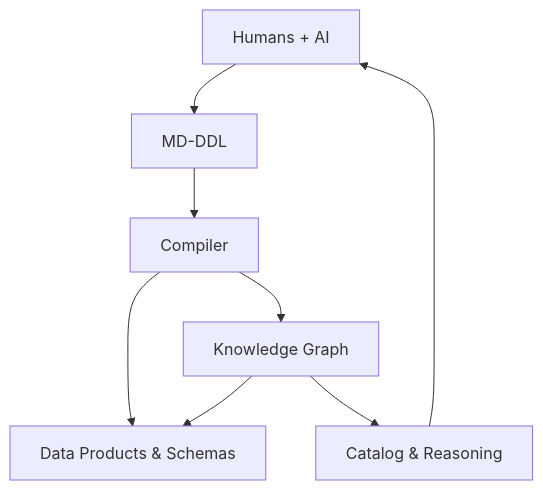
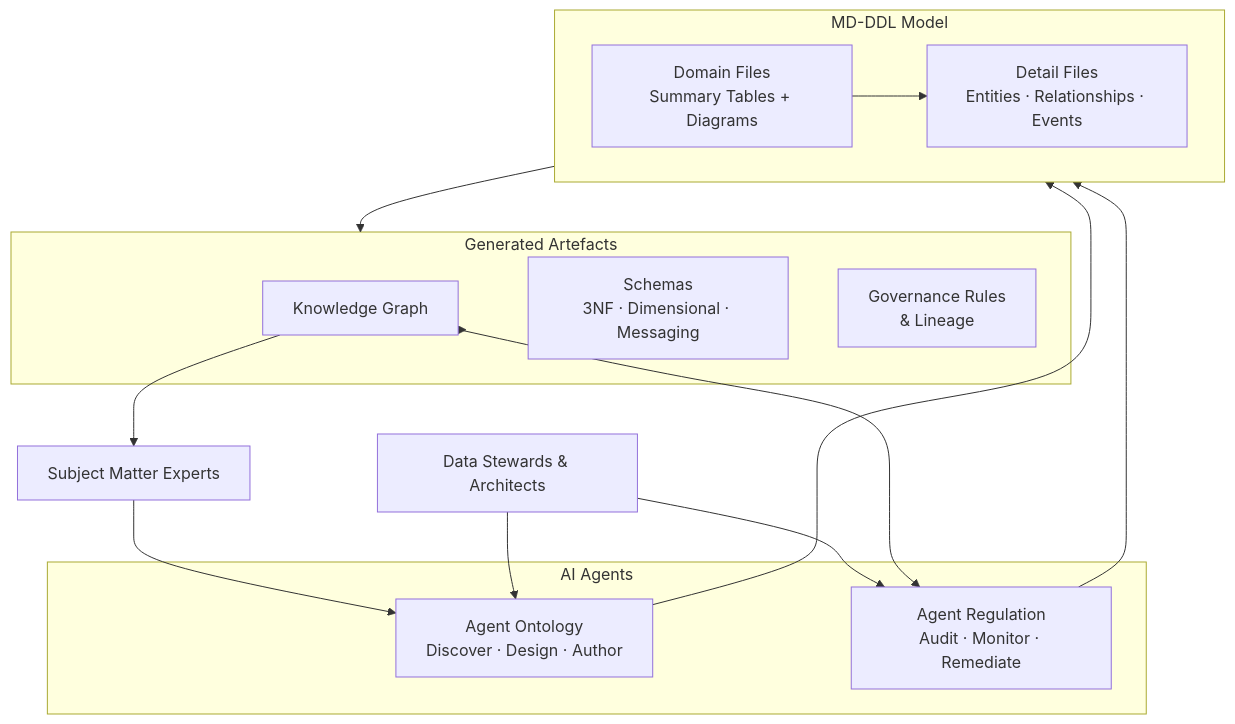
Before and after one commit to Semprini/md-ddl: the diagram in README.md, drawn with Mermaid. The commit also changed other lines of this file and 5 other files, not shown here.

Commit message:
Updated readme with agentic flows.

````diff
--- a/README.md
+++ b/README.md
@@ -23,11 +23,32 @@
 ```mermaid
 flowchart TD
+    SME[Subject Matter Experts]
+    Stewards[Data Stewards & Architects]
 
-    A[Humans + AI] --> B[MD-DDL]
-    B --> C[Compiler]
-    C --> E[Data Products & Schemas]
-    C --> D[Knowledge Graph]
-    D --> E
-    D --> F[Catalog & Reasoning]
-    F --> A
+    subgraph Agents["AI Agents"]
+        AO[Agent Ontology\nDiscover · Design · Author]
+        AR[Agent Regulation\nAudit · Monitor · Remediate]
+    end
+
+    subgraph Model["MD-DDL Model"]
+        D[Domain Files\nSummary Tables + Diagrams]
+        E[Detail Files\nEntities · Relationships · Events]
+        D --> E
+    end
+
+    subgraph Outputs["Generated Artefacts"]
+        KG[Knowledge Graph]
+        SC[Schemas\n3NF · Dimensional · Messaging]
+        GV[Governance Rules\n& Lineage]
+    end
+
+    SME --> AO
+    Stewards --> AO
+    Stewards --> AR
+    AO --> Model
+    AR --> Model
+    Model --> Outputs
+    Outputs --> KG
+    KG --> AR
+    KG --> SME
 ```
````
